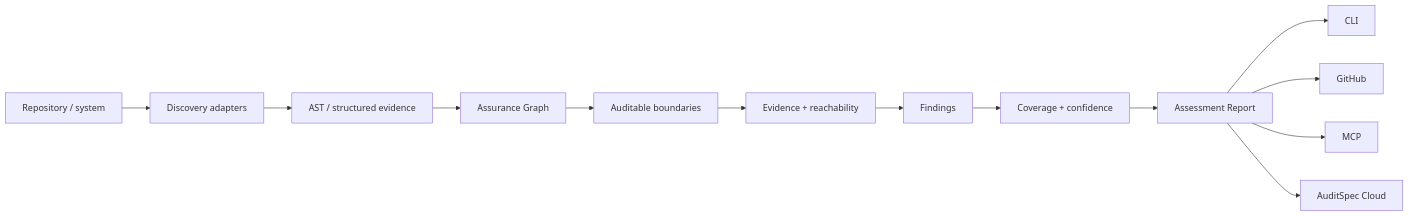
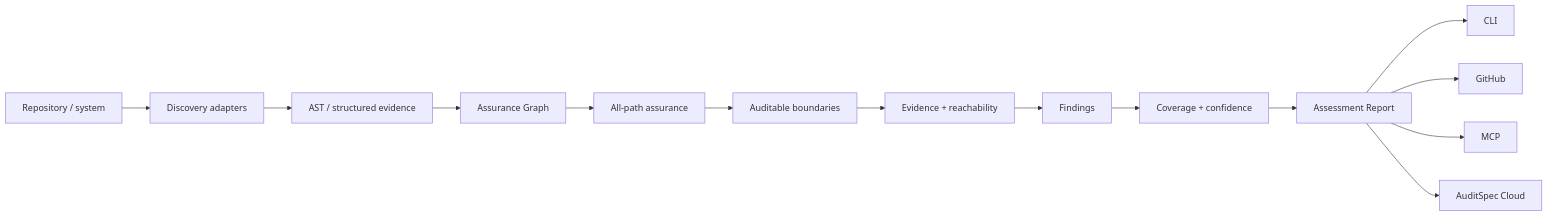
Before and after one commit to sergii/auditspec: the diagram in docs/inspector.md, drawn with Mermaid. The commit also changed other lines of this file, not shown here.

Commit message:
Document canonical all-path Inspector

````diff
--- a/docs/inspector.md
+++ b/docs/inspector.md
@@ -9,15 +9,16 @@
 ```mermaid
 flowchart LR
     R[Repository / system] --> D[Discovery adapters]
     D --> A[AST / structured evidence]
     A --> G[Assurance Graph]
-    G --> B[Auditable boundaries]
+    G --> P[All-path assurance]
+    P --> B[Auditable boundaries]
     B --> E[Evidence + reachability]
     E --> F[Findings]
     F --> C[Coverage + confidence]
     C --> O[Assessment Report]
     O --> CLI[CLI]
     O --> GH[GitHub]
     O --> MCP[MCP]
     O --> Cloud[AuditSpec Cloud]
 ```
````
